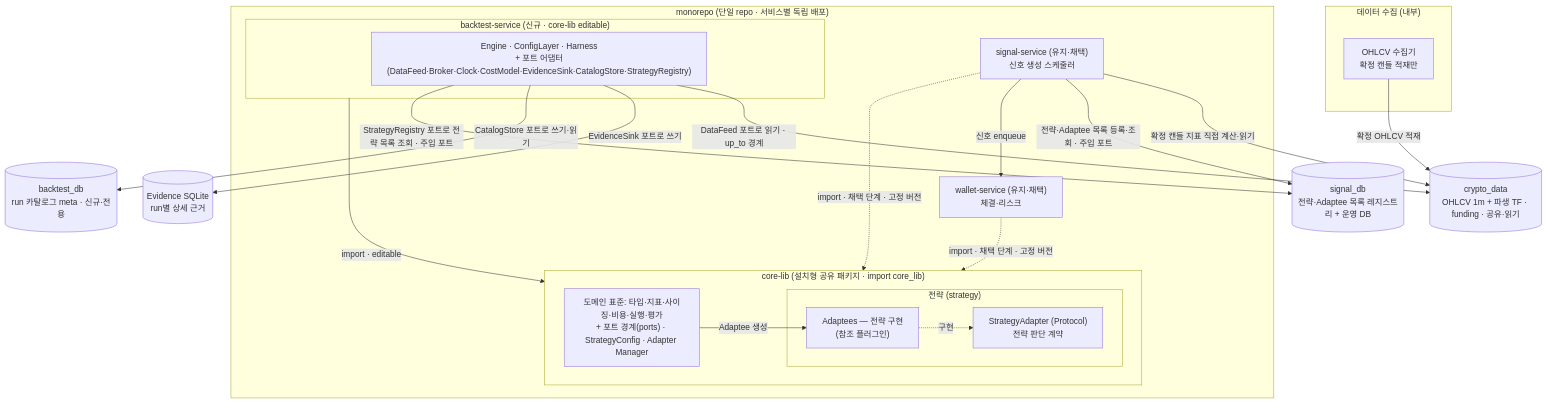
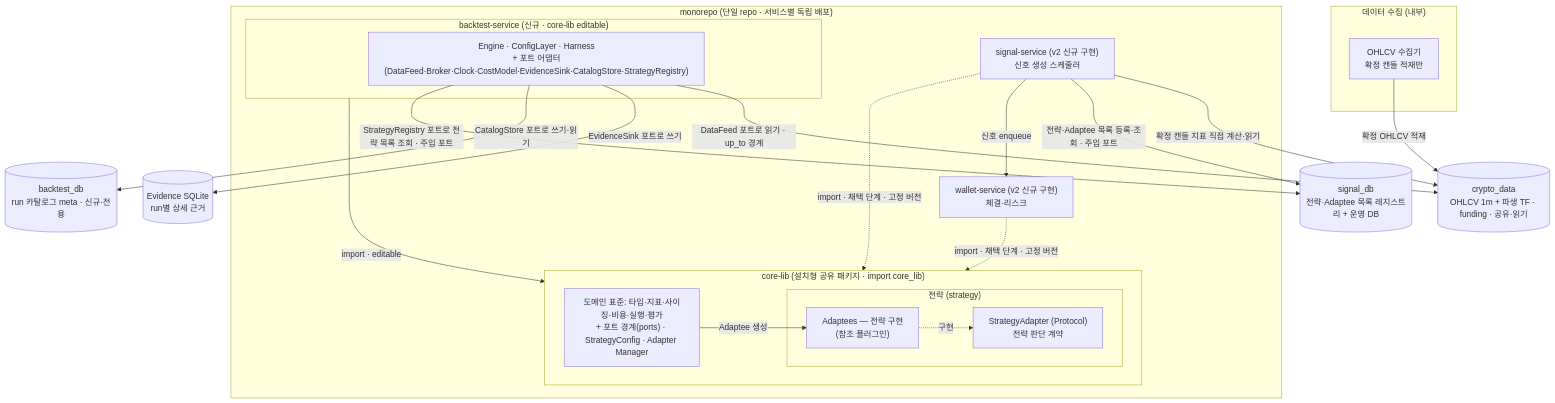
The first of 28 diagrams in docs/fullspec/backtest_v2_detailed_design.md (vessel35/trading-system-v2), drawn with Mermaid before and after one commit. The commit also changed other lines of this file and 1 other file, not shown here.

````diff
--- a/docs/fullspec/backtest_v2_detailed_design.md
+++ b/docs/fullspec/backtest_v2_detailed_design.md
@@ -150,41 +161,41 @@
 ```mermaid
 flowchart TD
     subgraph REPO["monorepo (단일 repo · 서비스별 독립 배포)"]
         subgraph CORELIB["core-lib (설치형 공유 패키지 · import core_lib)"]
             CORE["도메인 표준: 타입·지표·사이징·비용·실행·평가<br/>+ 포트 경계(ports) · StrategyConfig · Adapter Manager"]
             subgraph STRATBLK["전략 (strategy)"]
                 SADP["StrategyAdapter (Protocol)<br/>전략 판단 계약"]
                 ADP["Adaptees — 전략 구현<br/>(참조 플러그인)"]
             end
         end
         subgraph BTS["backtest-service (신규 · core-lib editable)"]
             ENG["Engine · ConfigLayer · Harness<br/>+ 포트 어댑터(DataFeed·Broker·Clock·CostModel·EvidenceSink·CatalogStore·StrategyRegistry)"]
         end
-        SS["signal-service (유지·채택)<br/>신호 생성 스케줄러"]
-        WS["wallet-service (유지·채택)<br/>체결·리스크"]
+        SS["signal-service (v2 신규 구현)<br/>신호 생성 스케줄러"]
+        WS["wallet-service (v2 신규 구현)<br/>체결·리스크"]
     end
     subgraph COLLECT["데이터 수집 (내부)"]
         COLL["OHLCV 수집기<br/>확정 캔들 적재만"]
     end
     CD[("crypto_data<br/>OHLCV 1m + 파생 TF · funding · 공유·읽기")]
     PG[("backtest_db<br/>run 카탈로그 meta · 신규·전용")]
     SDB[("signal_db<br/>전략·Adaptee 목록 레지스트리 + 운영 DB")]
     SQ[("Evidence SQLite<br/>run별 상세 근거")]
 
     ADP -.->|구현| SADP
     CORE -->|Adaptee 생성| ADP
 
     BTS -->|import · editable| CORELIB
     SS -.->|import · 채택 단계 · 고정 버전| CORELIB
     WS -.->|import · 채택 단계 · 고정 버전| CORELIB
 
     ENG -->|DataFeed 포트로 읽기 · up_to 경계| CD
     ENG -->|EvidenceSink 포트로 쓰기| SQ
     ENG -->|CatalogStore 포트로 쓰기·읽기| PG
     ENG -->|StrategyRegistry 포트로 전략 목록 조회 · 주입 포트| SDB
 
     COLL -->|확정 OHLCV 적재| CD
     SS -->|확정 캔들 지표 직접 계산·읽기| CD
     SS -->|전략·Adaptee 목록 등록·조회 · 주입 포트| SDB
     SS -->|신호 enqueue| WS
 ```
````
